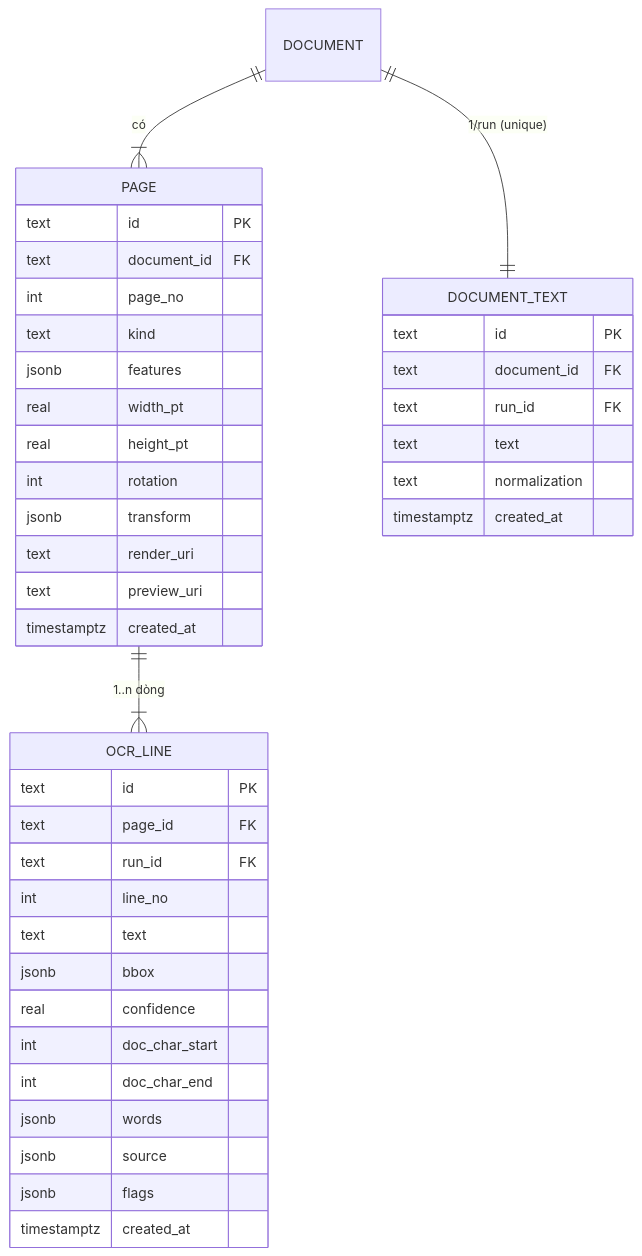
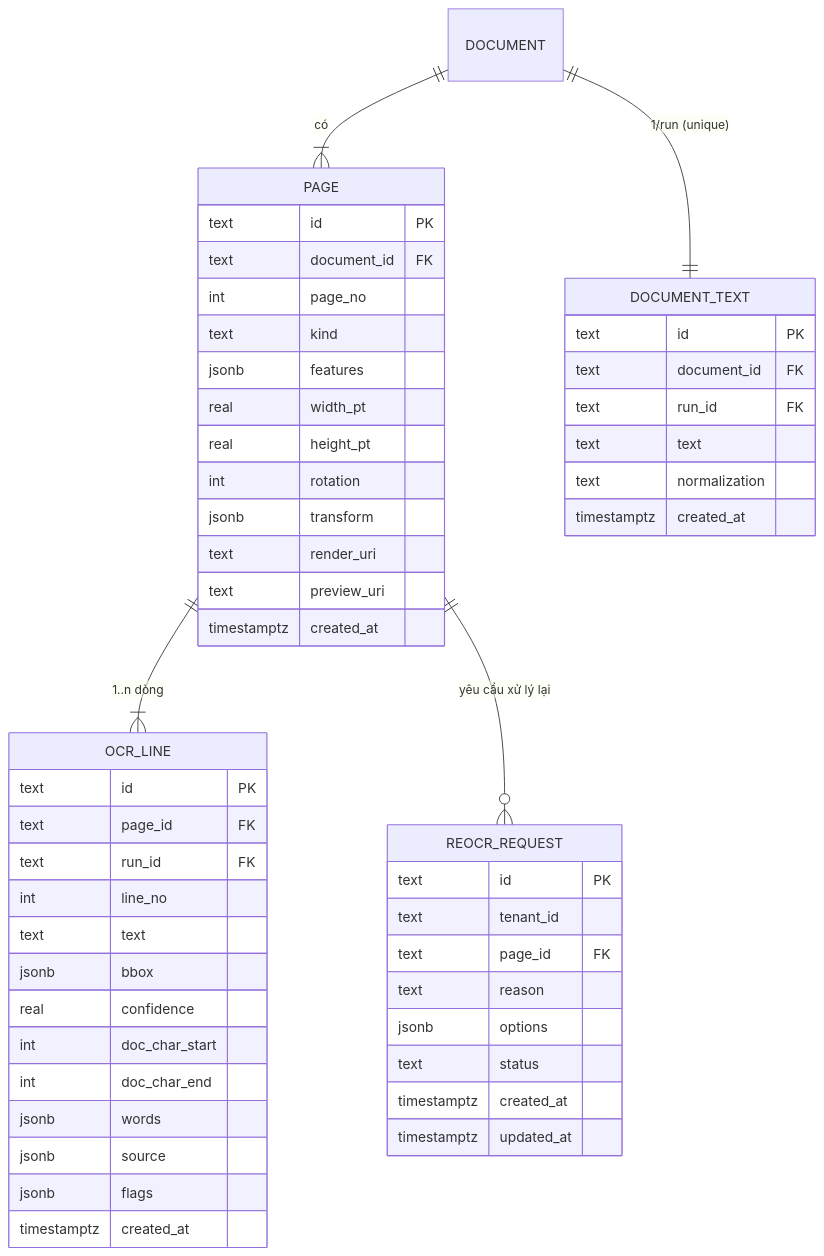
Before and after one commit to AI20K-VGR/contract-intelligence-core: the fourth of 10 diagrams in docs/DOC-04c-database-erd.md, drawn with Mermaid. The commit also changed other lines of this file and 5 other files, not shown here.

First line of the commit message:
docs: sync architecture, schema, api spec, and fe-be contract with semver

````diff
--- a/docs/DOC-04c-database-erd.md
+++ b/docs/DOC-04c-database-erd.md
@@ -469,44 +553,55 @@
 ```mermaid
 erDiagram
     DOCUMENT ||--|{ PAGE  : "có"
     PAGE ||--|{ OCR_LINE : "1..n dòng"
     DOCUMENT ||--|| DOCUMENT_TEXT : "1/run (unique)"
+    PAGE ||--o{ REOCR_REQUEST : "yêu cầu xử lý lại"
 
     PAGE {
         text id PK
         text document_id FK
         int page_no
         text kind
         jsonb features
         real width_pt
         real height_pt
         int rotation
         jsonb transform
         text render_uri
         text preview_uri
         timestamptz created_at
     }
     DOCUMENT_TEXT {
         text id PK
         text document_id FK
         text run_id FK
         text text
         text normalization
         timestamptz created_at
     }
     OCR_LINE {
         text id PK
         text page_id FK
         text run_id FK
         int line_no
         text text
         jsonb bbox
         real confidence
         int doc_char_start
         int doc_char_end
         jsonb words
         jsonb source
         jsonb flags
         timestamptz created_at
     }
+    REOCR_REQUEST {
+        text id PK
+        text tenant_id
+        text page_id FK
+        text reason
+        jsonb options
+        text status
+        timestamptz created_at
+        timestamptz updated_at
+    }
 ```
````
